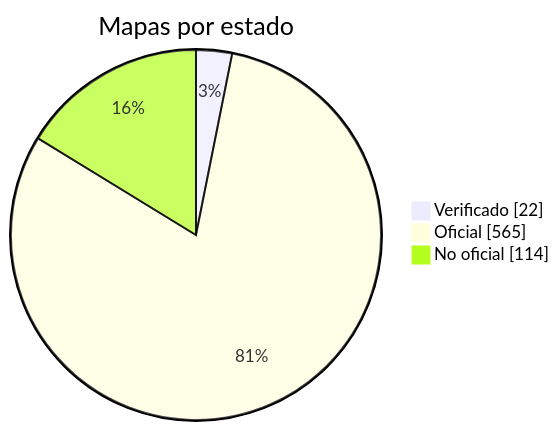
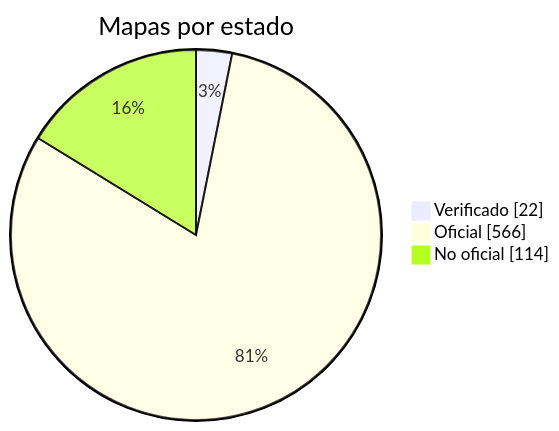
One commit to nobrega8/mbmap-library changed the diagram in docs/readme/README_ES.md. Above: the diagram before and after it, drawn with Mermaid. The commit also changed 6 other files, not shown here.

````diff
--- a/docs/readme/README_ES.md
+++ b/docs/readme/README_ES.md
@@ -54,7 +54,7 @@
 ```mermaid
 pie showData
     title Mapas por estado
     "Verificado" : 22
-    "Oficial" : 565
+    "Oficial" : 566
     "No oficial" : 114
 ```
````
